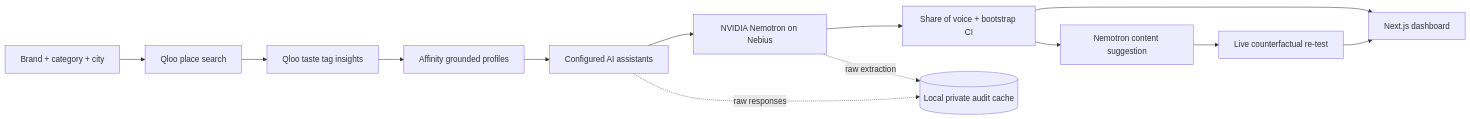
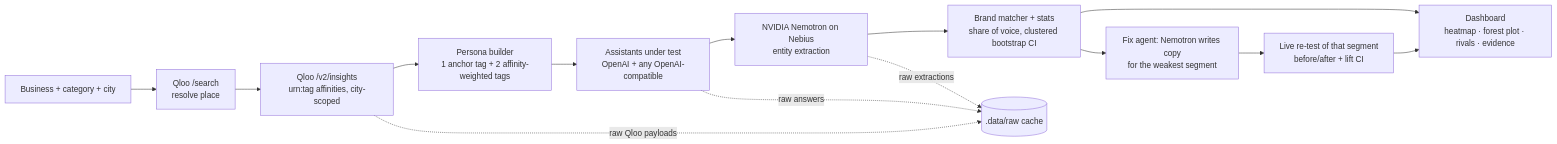
One commit to nickthelegend/tasteprobe changed the diagram in README.md. Above: the diagram before and after it, drawn with Mermaid. The commit also changed other lines of this file and 6 other files, not shown here.

First line of the commit message:
docs: README with architecture and setup, demo script, CI, MIT license

````diff
--- a/README.md
+++ b/README.md
@@ -7,15 +9,16 @@
 ```mermaid
 flowchart LR
-  B[Brand + category + city] --> Q[Qloo place search]
-  Q --> T[Qloo taste tag insights]
-  T --> P[Affinity grounded profiles]
-  P --> M[Configured AI assistants]
-  M --> N[NVIDIA Nemotron on Nebius]
-  N --> S[Share of voice + bootstrap CI]
-  S --> D[Next.js dashboard]
-  S --> F[Nemotron content suggestion]
-  F --> R[Live counterfactual re-test]
+  I[Business + category + city] --> S[Qloo /search<br/>resolve place]
+  S --> T[Qloo /v2/insights<br/>urn:tag affinities, city-scoped]
+  T --> P[Persona builder<br/>1 anchor tag + 2 affinity-weighted tags]
+  P --> A[Assistants under test<br/>OpenAI + any OpenAI-compatible]
+  A --> N[NVIDIA Nemotron on Nebius<br/>entity extraction]
+  N --> M[Brand matcher + stats<br/>share of voice, clustered bootstrap CI]
+  M --> D[Dashboard<br/>heatmap · forest plot · rivals · evidence]
+  M --> F[Fix agent: Nemotron writes copy<br/>for the weakest segment]
+  F --> R[Live re-test of that segment<br/>before/after + lift CI]
   R --> D
-  M -. raw responses .-> C[(Local private audit cache)]
-  N -. raw extraction .-> C
+  A -. raw answers .-> C[(.data/raw cache)]
+  N -. raw extractions .-> C
+  T -. raw Qloo payloads .-> C
 ```
````
